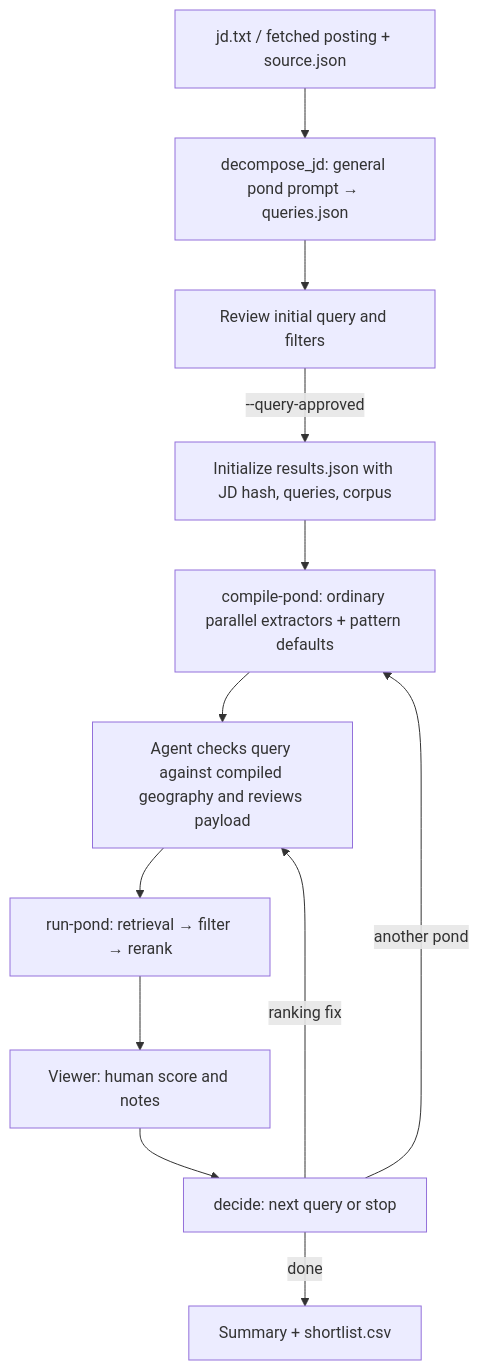
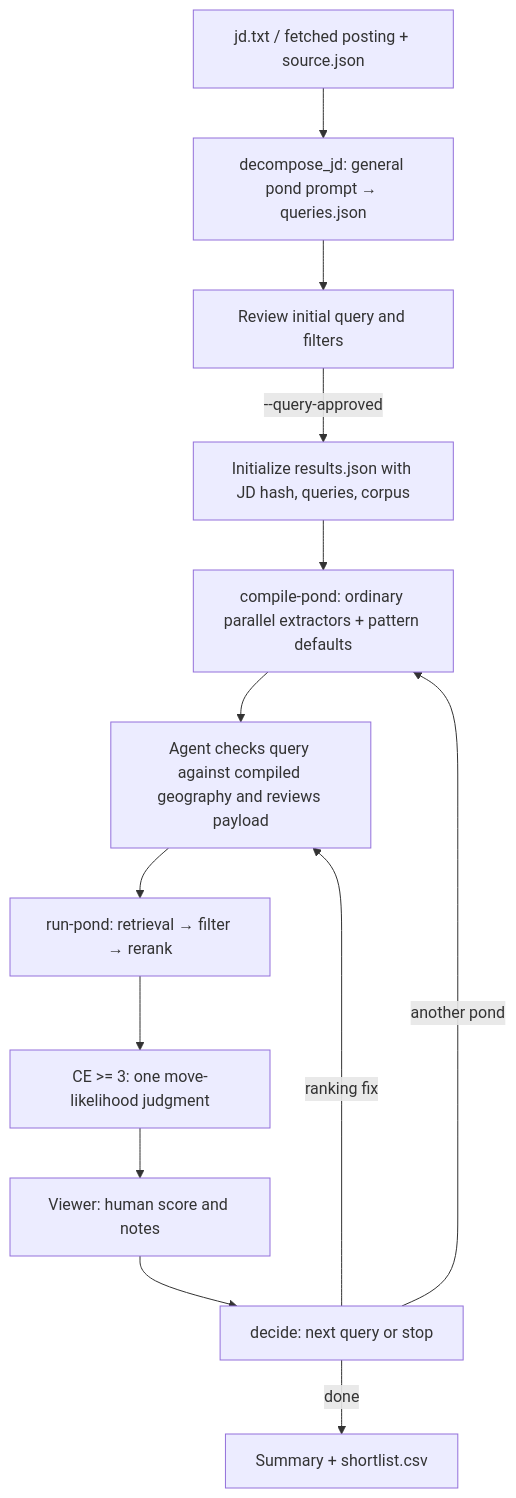
Before and after one commit to powerset-co/powerpacks: the diagram in packs/search/primitives/deep_search/README.md, drawn with Mermaid. The commit also changed other lines of this file and 18 other files, not shown here.

Commit message:
fix(search): replace MoE with one CE-gated move-likelihood judge

````diff
--- a/packs/search/primitives/deep_search/README.md
+++ b/packs/search/primitives/deep_search/README.md
@@ -14,14 +14,15 @@
 ```mermaid
 flowchart TD
     JD[jd.txt / fetched posting + source.json] --> Q[decompose_jd: general pond prompt → queries.json]
     Q --> REVIEW[Review initial query and filters]
     REVIEW -->|--query-approved| INIT[Initialize results.json with JD hash, queries, corpus]
     INIT --> COMPILE[compile-pond: ordinary parallel extractors + pattern defaults]
     COMPILE --> CHECK[Agent checks query against compiled geography and reviews payload]
     CHECK --> RUN[run-pond: retrieval → filter → rerank]
-    RUN --> VIEW[Viewer: human score and notes]
+    RUN --> MOVE[CE >= 3: one move-likelihood judgment]
+    MOVE --> VIEW[Viewer: human score and notes]
     VIEW --> DECIDE[decide: next query or stop]
     DECIDE -->|another pond| COMPILE
     DECIDE -->|ranking fix| CHECK
     DECIDE -->|done| EXPORT[Summary + shortlist.csv]
 ```
````
